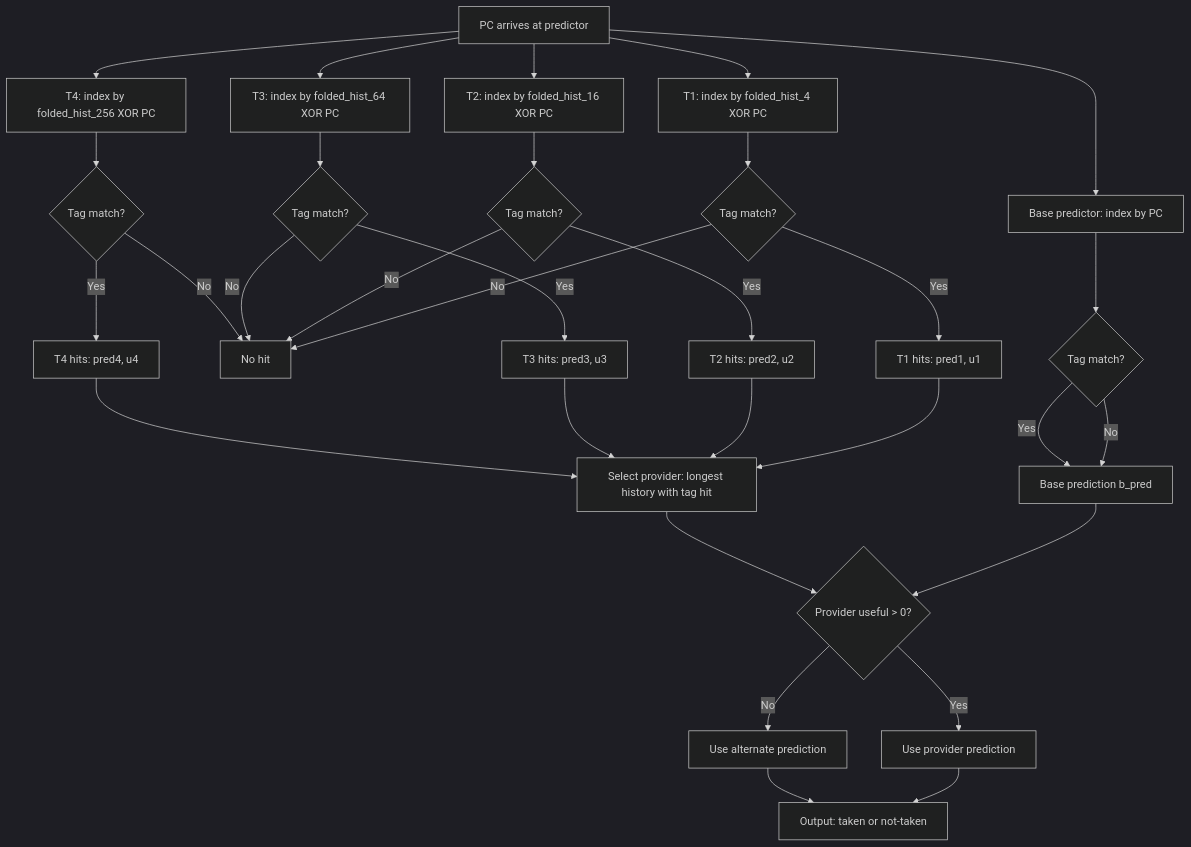
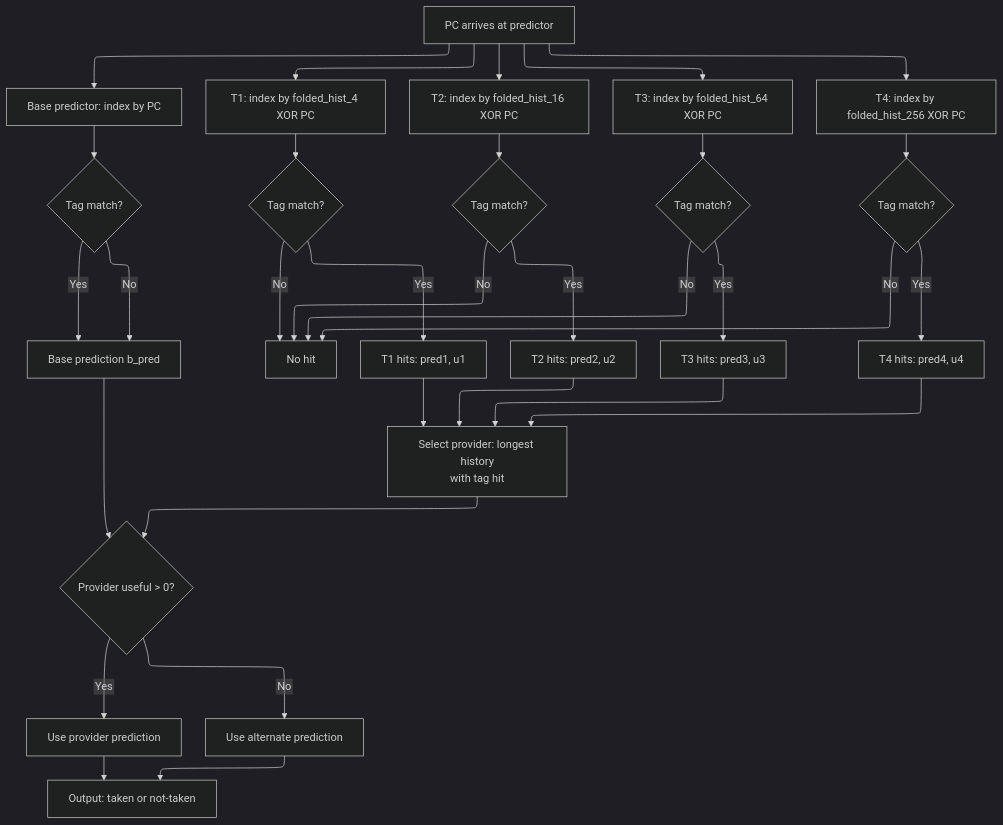
One commit to Wty2003328/ai_infra_intro changed the second of 3 diagrams in hardware_design/01_Architecture_and_PPA/Branch_Prediction_Deep_Dive.md. Above: the diagram before and after it, drawn with Mermaid (dark theme). The commit also changed other lines of this file and 108 other files, not shown here.

````diff
--- a/hardware_design/01_Architecture_and_PPA/Branch_Prediction_Deep_Dive.md
+++ b/hardware_design/01_Architecture_and_PPA/Branch_Prediction_Deep_Dive.md
@@ -442,33 +432,34 @@
 ```mermaid
+%%{init: {"flowchart": {"defaultRenderer": "elk", "nodeSpacing": 60, "rankSpacing": 60, "htmlLabels": false}}}%%
 flowchart TD
     A[PC arrives at predictor] --> B[Base predictor: index by PC]
     A --> C[T1: index by folded_hist_4 XOR PC]
     A --> D[T2: index by folded_hist_16 XOR PC]
     A --> E[T3: index by folded_hist_64 XOR PC]
     A --> F[T4: index by folded_hist_256 XOR PC]
     B --> G{Tag match?}
     C --> H{Tag match?}
     D --> I{Tag match?}
     E --> J{Tag match?}
     F --> K{Tag match?}
     G -->|No| L[Base prediction b_pred]
     G -->|Yes| L
     H -->|No| M[No hit]
     H -->|Yes| N[T1 hits: pred1, u1]
     I -->|No| M
     I -->|Yes| O[T2 hits: pred2, u2]
     J -->|No| M
     J -->|Yes| P[T3 hits: pred3, u3]
     K -->|No| M
     K -->|Yes| Q[T4 hits: pred4, u4]
-    N --> R[Select provider: longest history with tag hit]
+    N --> R[Select provider: longest history<br/>with tag hit]
     O --> R
     P --> R
     Q --> R
     L --> S{Provider useful > 0?}
     R --> S
     S -->|Yes| T[Use provider prediction]
     S -->|No| U[Use alternate prediction]
     T --> V[Output: taken or not-taken]
     U --> V
 ```
````
